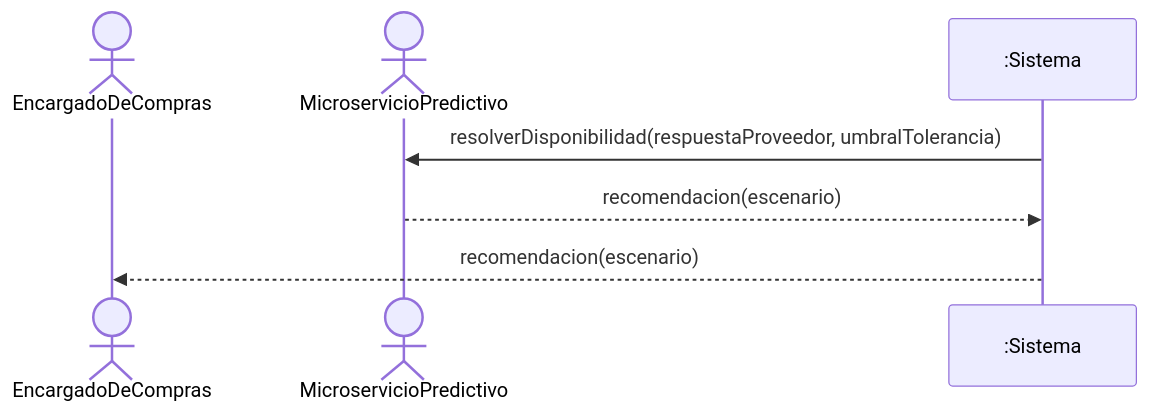
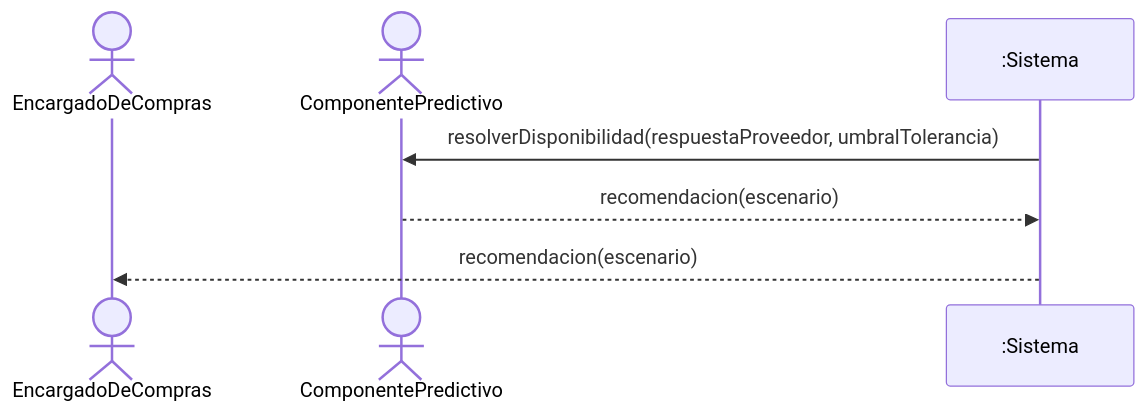
Diagram 20 of 20 in docs/2-analisis/DSS/compras.md (LisandroVenini/SIGPAP), drawn with Mermaid before and after one commit. The commit also changed other lines of this file and 27 other files, not shown here.

````diff
--- a/docs/2-analisis/DSS/compras.md
+++ b/docs/2-analisis/DSS/compras.md
@@ -218,9 +218,9 @@
 ```mermaid
 sequenceDiagram
     actor Encargado as EncargadoDeCompras
-    actor Microservicio as MicroservicioPredictivo
+    actor Componente as ComponentePredictivo
     participant Sistema as :Sistema
-    Sistema->>Microservicio: resolverDisponibilidad(respuestaProveedor, umbralTolerancia)
-    Microservicio-->>Sistema: recomendacion(escenario)
+    Sistema->>Componente: resolverDisponibilidad(respuestaProveedor, umbralTolerancia)
+    Componente-->>Sistema: recomendacion(escenario)
     Sistema-->>Encargado: recomendacion(escenario)
 ```
````
